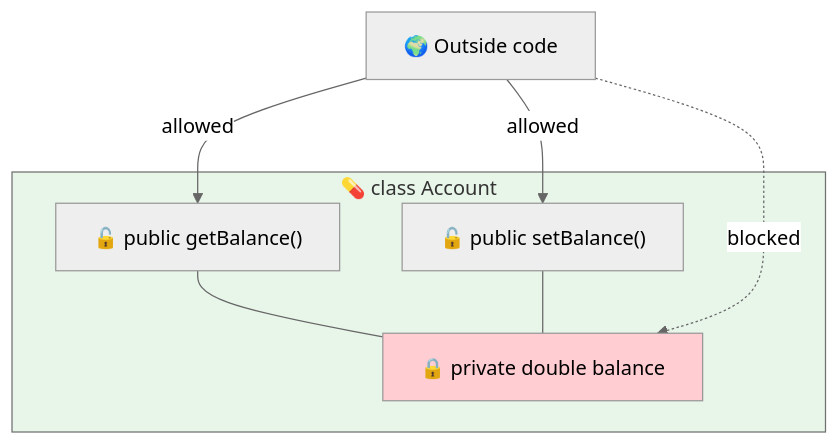
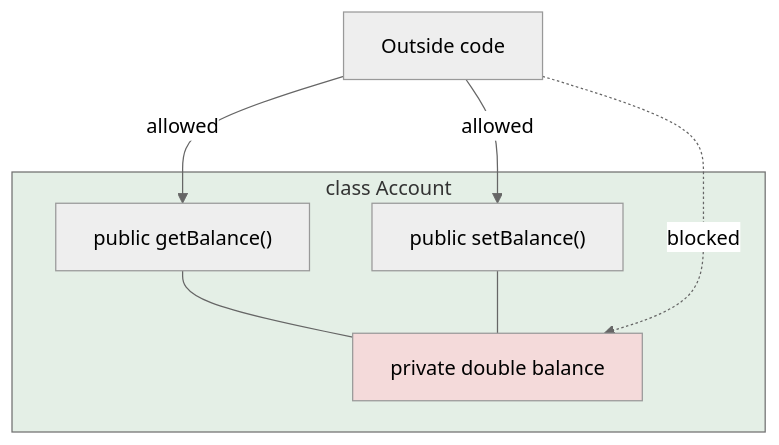
The diagram in src/Theory/06-OOPS-Part-2/02-Encapsulation.md (kundankumarsharma56/Leaning-Java), drawn with Mermaid (neutral theme) before and after one commit. The commit also changed other lines of this file and 84 other files, not shown here.

````diff
--- a/src/Theory/06-OOPS-Part-2/02-Encapsulation.md
+++ b/src/Theory/06-OOPS-Part-2/02-Encapsulation.md
@@ -26,15 +26,15 @@
 ```mermaid
 flowchart TD
-    subgraph CLASS["💊 class Account"]
-        D["🔒 private double balance"]
-        G["🔓 public getBalance()"]
-        S["🔓 public setBalance()"]
+    subgraph CLASS["class Account"]
+        D["private double balance"]
+        G["public getBalance()"]
+        S["public setBalance()"]
         G --- D
         S --- D
     end
-    OUT["🌍 Outside code"] -->|allowed| G
+    OUT["Outside code"] -->|allowed| G
     OUT -->|allowed| S
     OUT -.->|blocked| D
-    style D fill:#ffcdd2
-    style CLASS fill:#e8f5e9
+    style D fill:#f4dada
+    style CLASS fill:#e4efe6
 ```
````
